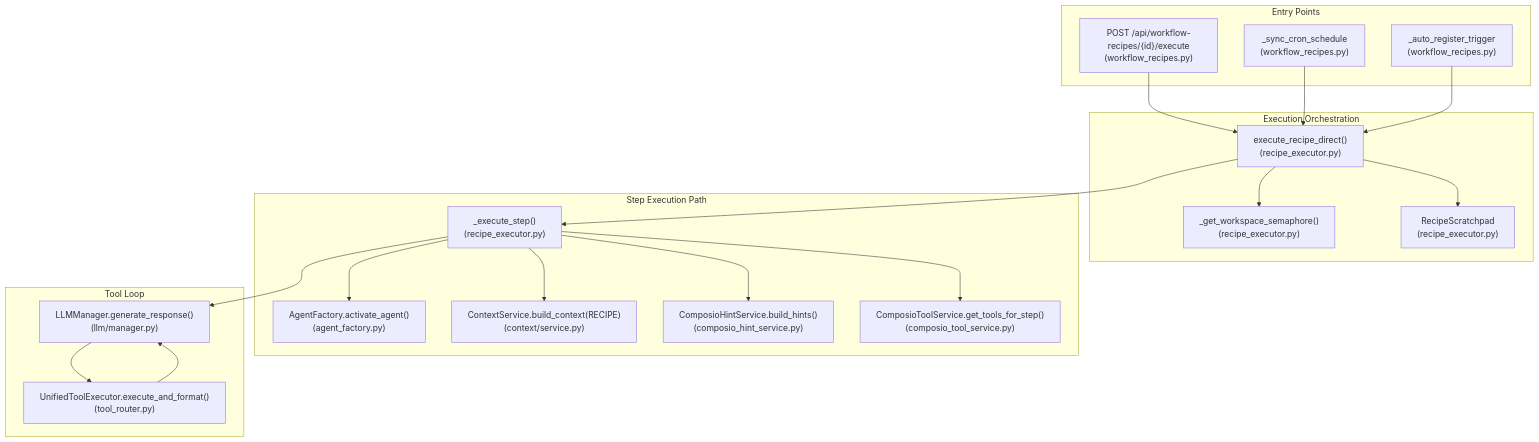
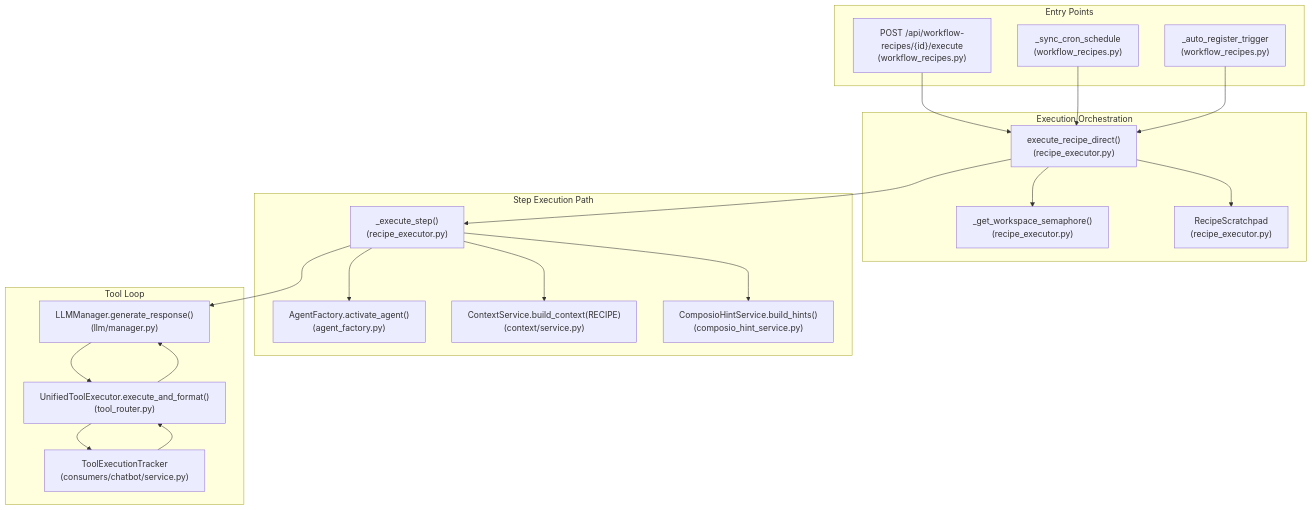
The first of 2 diagrams in docs/workflows-recipes/recipe-execution-engine.md (AutomatosAI/automatos-ai), drawn with Mermaid before and after one commit. The commit also changed other lines of this file and 153 other files, not shown here.

````diff
--- a/docs/workflows-recipes/recipe-execution-engine.md
+++ b/docs/workflows-recipes/recipe-execution-engine.md
@@ -43,44 +37,45 @@
 ```mermaid
 graph TB
     subgraph "Entry Points"
         API["POST /api/workflow-recipes/{id}/execute<br/>(workflow_recipes.py)"]
         Cron["_sync_cron_schedule<br/>(workflow_recipes.py)"]
         Webhook["_auto_register_trigger<br/>(workflow_recipes.py)"]
     end
     
     subgraph "Execution Orchestration"
         DirectExec["execute_recipe_direct()<br/>(recipe_executor.py)"]
         Semaphore["_get_workspace_semaphore()<br/>(recipe_executor.py)"]
         Scratchpad["RecipeScratchpad<br/>(recipe_executor.py)"]
     end
     
     subgraph "Step Execution Path"
         StepFunc["_execute_step()<br/>(recipe_executor.py)"]
         Factory["AgentFactory.activate_agent()<br/>(agent_factory.py)"]
         CtxSvc["ContextService.build_context(RECIPE)<br/>(context/service.py)"]
         HintSvc["ComposioHintService.build_hints()<br/>(composio_hint_service.py)"]
-        ToolSvc["ComposioToolService.get_tools_for_step()<br/>(composio_tool_service.py)"]
     end
     
     subgraph "Tool Loop"
         LLM["LLMManager.generate_response()<br/>(llm/manager.py)"]
         Router["UnifiedToolExecutor.execute_and_format()<br/>(tool_router.py)"]
+        Tracker["ToolExecutionTracker<br/>(consumers/chatbot/service.py)"]
     end
     
     API --> DirectExec
     Cron --> DirectExec
     Webhook --> DirectExec
     
     DirectExec --> Semaphore
     DirectExec --> Scratchpad
     DirectExec --> StepFunc
     
     StepFunc --> Factory
     StepFunc --> CtxSvc
-    StepFunc --> ToolSvc
     StepFunc --> HintSvc
     
     StepFunc --> LLM
     LLM --> Router
+    Router --> Tracker
+    Tracker --> Router
     Router --> LLM
 ```
````
